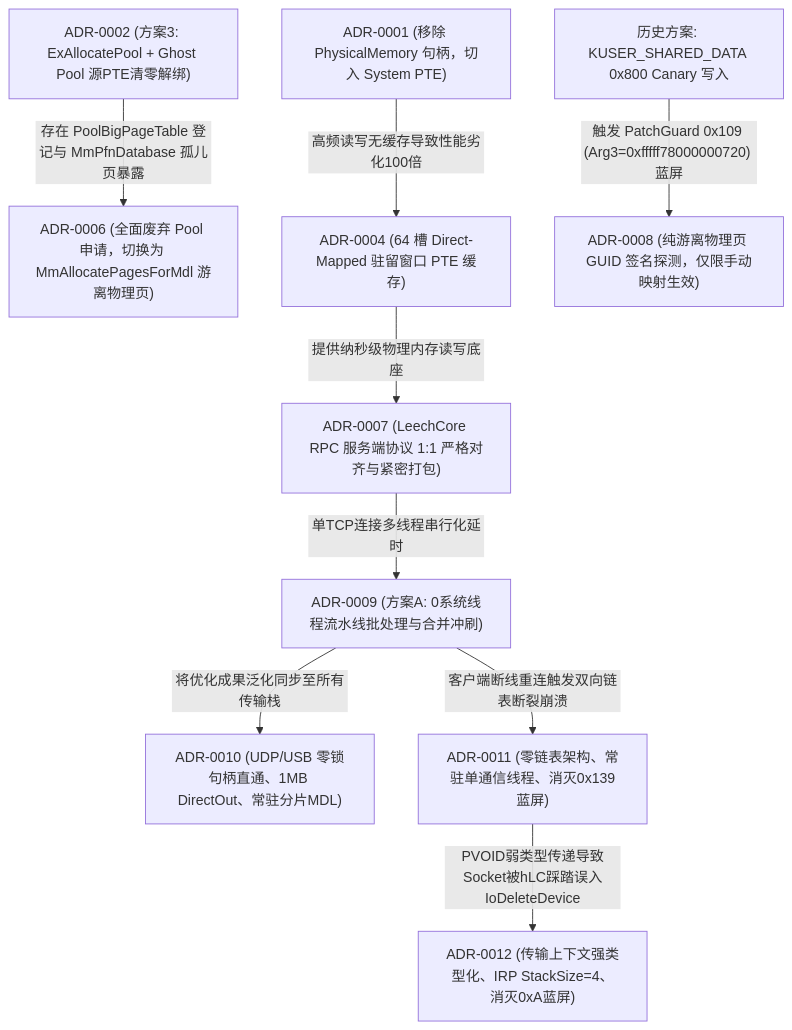
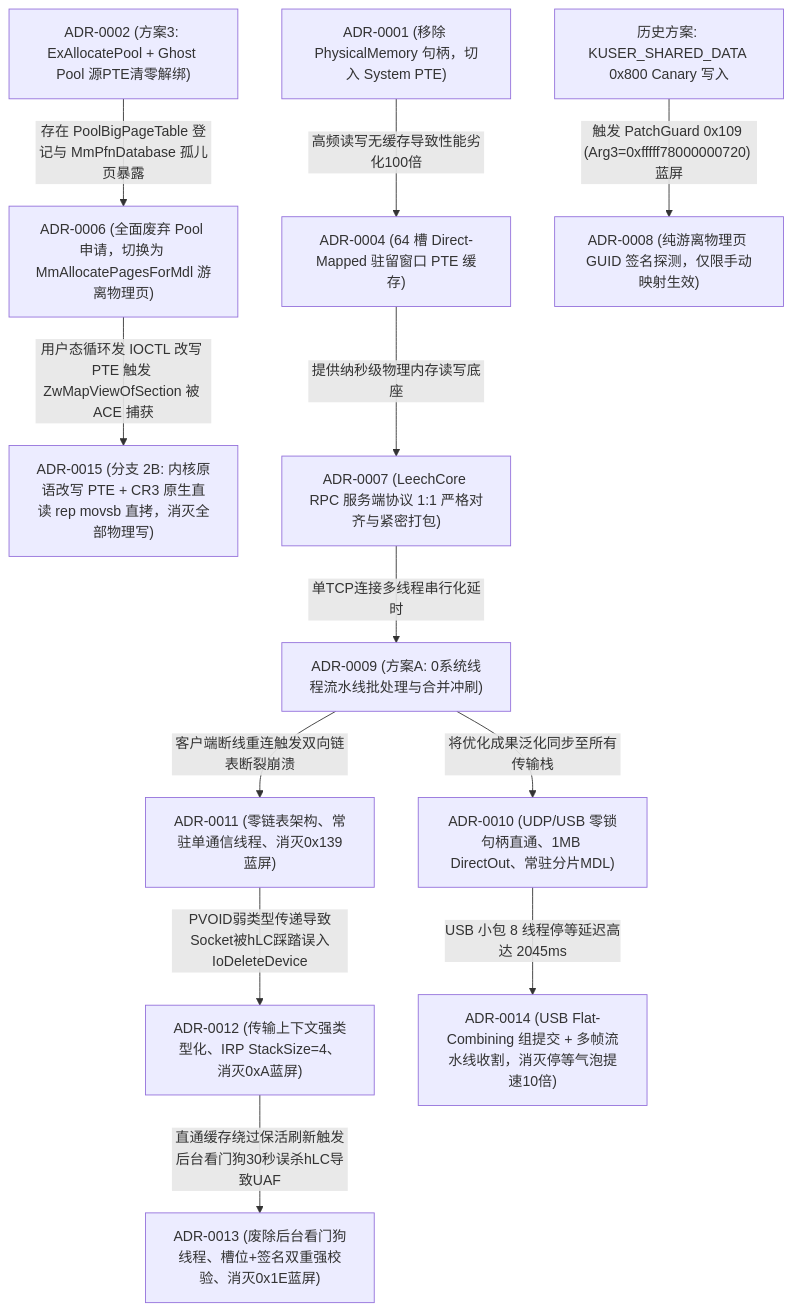
Before and after one commit to zhugeliang666/CheatDrv: the diagram in docs/decisions/README.md, drawn with Mermaid. The commit also changed other lines of this file and 17 other files, not shown here.

````diff
--- a/docs/decisions/README.md
+++ b/docs/decisions/README.md
@@ -28,11 +31,14 @@
 ```mermaid
 graph TD
     A["ADR-0002 (方案3: ExAllocatePool + Ghost Pool 源PTE清零解绑)"] --"存在 PoolBigPageTable 登记与 MmPfnDatabase 孤儿页暴露"--> B["ADR-0006 (全面废弃 Pool 申请，切换为 MmAllocatePagesForMdl 游离物理页)"]
+    B --"用户态循环发 IOCTL 改写 PTE 触发 ZwMapViewOfSection 被 ACE 捕获"--> N["ADR-0015 (分支 2B: 内核原语改写 PTE + CR3 原生直读 rep movsb 直拷，消灭全部物理写)"]
     C["ADR-0001 (移除 PhysicalMemory 句柄，切入 System PTE)"] --"高频读写无缓存导致性能劣化100倍"--> D["ADR-0004 (64 槽 Direct-Mapped 驻留窗口 PTE 缓存)"]
     D --"提供纳秒级物理内存读写底座"--> E["ADR-0007 (LeechCore RPC 服务端协议 1:1 严格对齐与紧密打包)"]
     F["历史方案: KUSER_SHARED_DATA 0x800 Canary 写入"] --"触发 PatchGuard 0x109 (Arg3=0xfffff78000000720) 蓝屏"--> G["ADR-0008 (纯游离物理页 GUID 签名探测，仅限手动映射生效)"]
     E --"单TCP连接多线程串行化延时"--> H["ADR-0009 (方案A: 0系统线程流水线批处理与合并冲刷)"]
     H --"将优化成果泛化同步至所有传输栈"--> I["ADR-0010 (UDP/USB 零锁句柄直通、1MB DirectOut、常驻分片MDL)"]
     H --"客户端断线重连触发双向链表断裂崩溃"--> J["ADR-0011 (零链表架构、常驻单通信线程、消灭0x139蓝屏)"]
     J --"PVOID弱类型传递导致Socket被hLC踩踏误入IoDeleteDevice"--> K["ADR-0012 (传输上下文强类型化、IRP StackSize=4、消灭0xA蓝屏)"]
+    K --"直通缓存绕过保活刷新触发后台看门狗30秒误杀hLC导致UAF"--> L["ADR-0013 (废除后台看门狗线程、槽位+签名双重强校验、消灭0x1E蓝屏)"]
+    I --"USB 小包 8 线程停等延迟高达 2045ms"--> M["ADR-0014 (USB Flat-Combining 组提交 + 多帧流水线收割，消灭停等气泡提速10倍)"]
 ```
````
